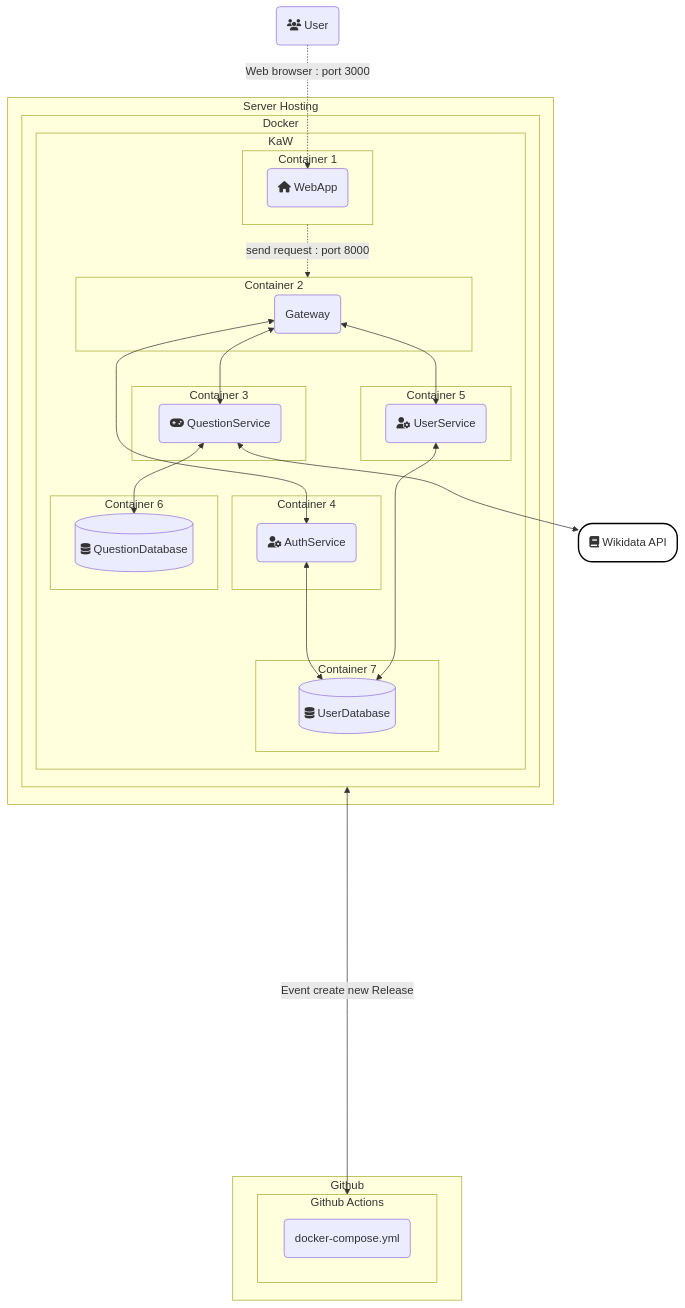
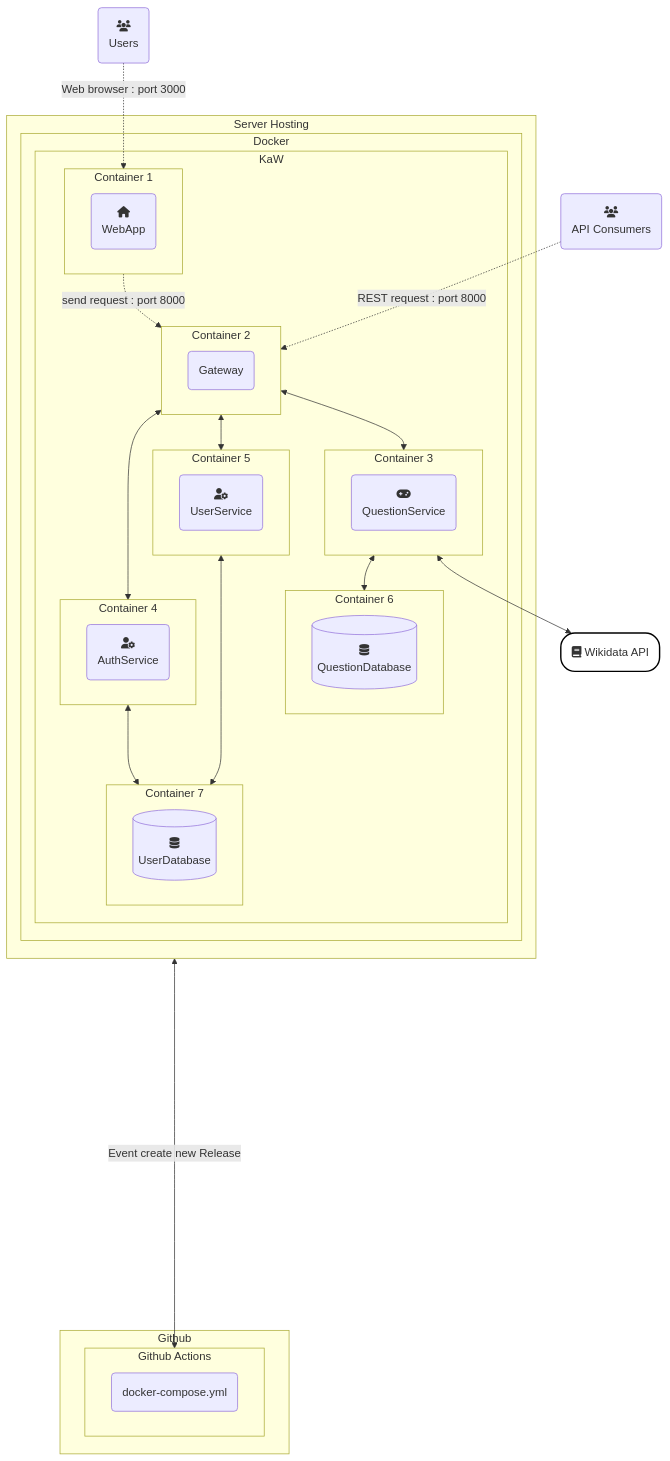
Before and after one commit to Arquisoft/wiq_en3b: the diagram in docs/src/07_deployment_view.adoc, drawn with Mermaid. The commit also changed other lines of this file and 2 other files, not shown here.

```diff
--- a/docs/src/07_deployment_view.adoc
+++ b/docs/src/07_deployment_view.adoc
@@ -99,14 +68,23 @@
 [mermaid]
 ----
 flowchart TD
-    User("fa:fa-users" User)
-    WebApp("fa:fa-home" WebApp)
+    User("fa:fa-users" 
+    Users)
+    api("fa:fa-users" 
+    API Consumers)
+    WebApp("fa:fa-home" 
+    WebApp)
     Gateway(Gateway)
-    AuthService("fa:fa-user-cog" AuthService)
-    UserService("fa:fa-user-cog" UserService)
-    QuestionService("fa:fa-gamepad" QuestionService)
-    UserDatabase[("fa:fa-database" UserDatabase)]
-    QuestionDatabase[("fa:fa-database" QuestionDatabase)]
+    AuthService("fa:fa-user-cog" 
+    AuthService)
+    UserService("fa:fa-user-cog" 
+    UserService)
+    QuestionService("fa:fa-gamepad" 
+    QuestionService)
+    UserDatabase[("fa:fa-database" 
+    UserDatabase)]
+    QuestionDatabase[("fa:fa-database" 
+    QuestionDatabase)]
 
     subgraph github [Github]
             subgraph githubActions [Github Actions]
@@ -122,7 +100,8 @@
                 
 
                subgraph container1 [Container 1]
-                    WebApp("fa:fa-home" WebApp)
+                    WebApp("fa:fa-home" 
+                    WebApp)
                 end
                 
                 subgraph container2 [Container 2]
@@ -153,22 +132,23 @@
         end
     end
 
-    User-."Web browser : port 3000".->WebApp
+    User-."Web browser : port 3000".->container1
+    api-."REST request : port 8000".->container2
     container1-."send request : port 8000".->container2
 
     docker <--"Event create new Release"-------------> githubActions
 
     Wikidata("fa:fa-book" Wikidata API)
     
-    Gateway <---> AuthService
-    Gateway <--> UserService
-    Gateway <--> QuestionService
+    container2 <---> container4
+    container2 <--> container5
+    container2 <--> container3
 
-    AuthService <---> UserDatabase
-    UserService <----> UserDatabase
+    container4 <---> container7
+    container5 <----> container7
     
-    QuestionService <--> Wikidata
-    QuestionService <--> QuestionDatabase
+    container3 <--> container6
+    container3 <--> Wikidata
 
     style Wikidata fill:#fff,stroke:#000,stroke-width:2px,rx:20px,ry:20px
     classDef subgraphstyle margin-left:3cm
```
